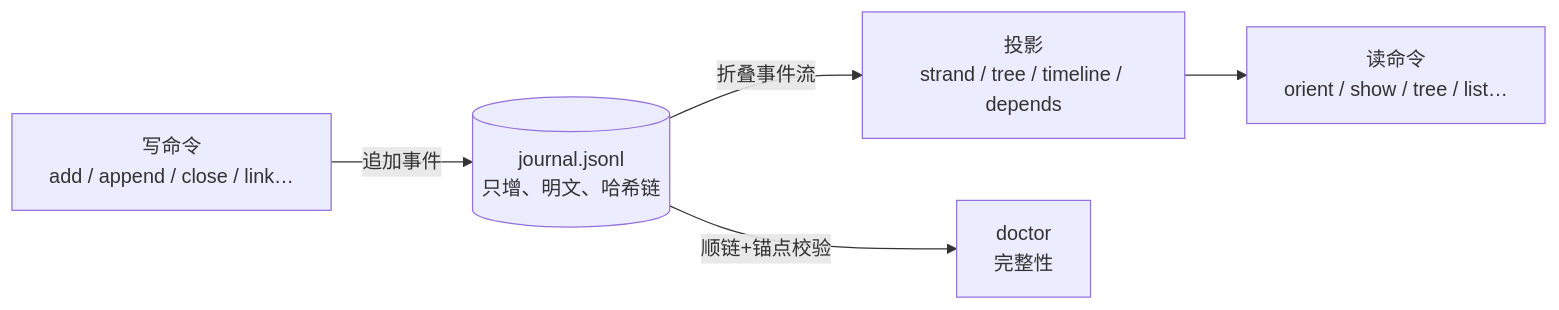
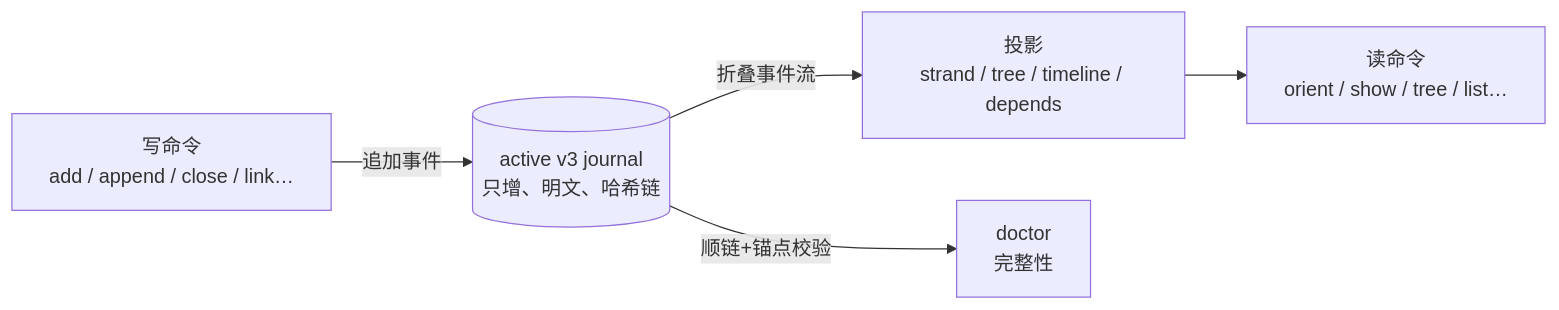
One commit to GodOnlyKn0w/mnema changed the third of 4 diagrams in README.md. Above: the diagram before and after it, drawn with Mermaid. The commit also changed other lines of this file and 9 other files, not shown here.

````diff
--- a/README.md
+++ b/README.md
@@ -143,7 +145,7 @@
 ```mermaid
 flowchart LR
-    W["写命令<br/>add / append / close / link…"] -->|追加事件| J[("journal.jsonl<br/>只增、明文、哈希链")]
+    W["写命令<br/>add / append / close / link…"] -->|追加事件| J[("active v3 journal<br/>只增、明文、哈希链")]
     J -->|折叠事件流| P["投影<br/>strand / tree / timeline / depends"]
     P --> R["读命令<br/>orient / show / tree / list…"]
     J -->|顺链+锚点校验| D["doctor<br/>完整性"]
 ```
````
